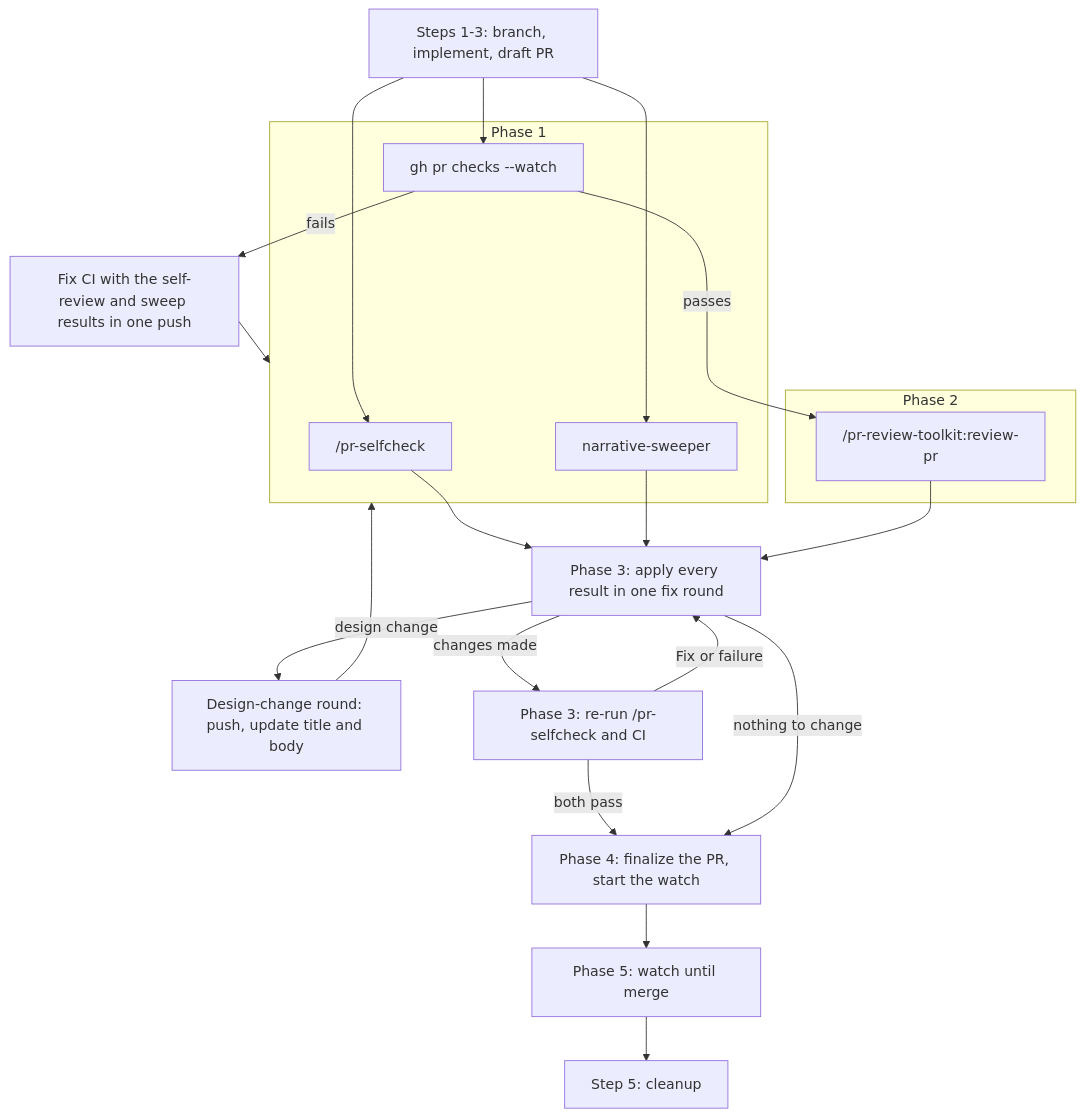
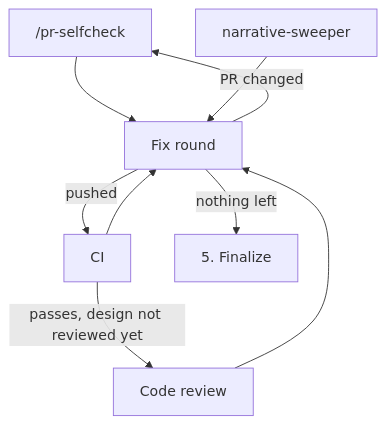
The second of 2 diagrams in claude/skills/git-workflow/SKILL.md (ikuwow/dotfiles), drawn with Mermaid before and after one commit. The commit also changed other lines of this file and 7 other files, not shown here.

First line of the commit message:
Flatten the git workflow into seven steps with one fix round

````diff
--- a/claude/skills/git-workflow/SKILL.md
+++ b/claude/skills/git-workflow/SKILL.md
@@ -20,37 +161,17 @@
 ```mermaid
 flowchart TD
-    start["Steps 1-3: branch, implement, draft PR"]
-    start --> selfcheck
-    start --> sweep
-    start --> ci
+    selfcheck["/pr-selfcheck"]
+    sweep["narrative-sweeper"]
+    ci["CI"]
+    review["Code review"]
+    round["Fix round"]
 
-    subgraph phase1["Phase 1"]
-        selfcheck["/pr-selfcheck"]
-        sweep["narrative-sweeper"]
-        ci["gh pr checks --watch"]
-    end
-
-    subgraph phase2["Phase 2"]
-        review["/pr-review-toolkit:review-pr"]
-    end
-
-    ci -- "passes" --> review
-    ci -- "fails" --> ciFix["Fix CI with the self-review and sweep results in one push"]
-    ciFix --> phase1
-
-    selfcheck --> consolidate
-    sweep --> consolidate
-    review --> consolidate
-
-    consolidate["Phase 3: apply every result in one fix round"]
-    consolidate -- "design change" --> round["Design-change round: push, update title and body"]
-    round --> phase1
-    consolidate -- "changes made" --> recheck["Phase 3: re-run /pr-selfcheck and CI"]
-    recheck -- "Fix or failure" --> consolidate
-    recheck -- "both pass" --> finalize
-    consolidate -- "nothing to change" --> finalize
-
-    finalize["Phase 4: finalize the PR, start the watch"]
-    finalize --> watch["Phase 5: watch until merge"]
-    watch --> cleanup["Step 5: cleanup"]
+    ci -- "passes, design not reviewed yet" --> review
+    selfcheck --> round
+    sweep --> round
+    ci --> round
+    review --> round
+    round -- "PR changed" --> selfcheck
+    round -- "pushed" --> ci
+    round -- "nothing left" --> finalize["5. Finalize"]
 ```
````
